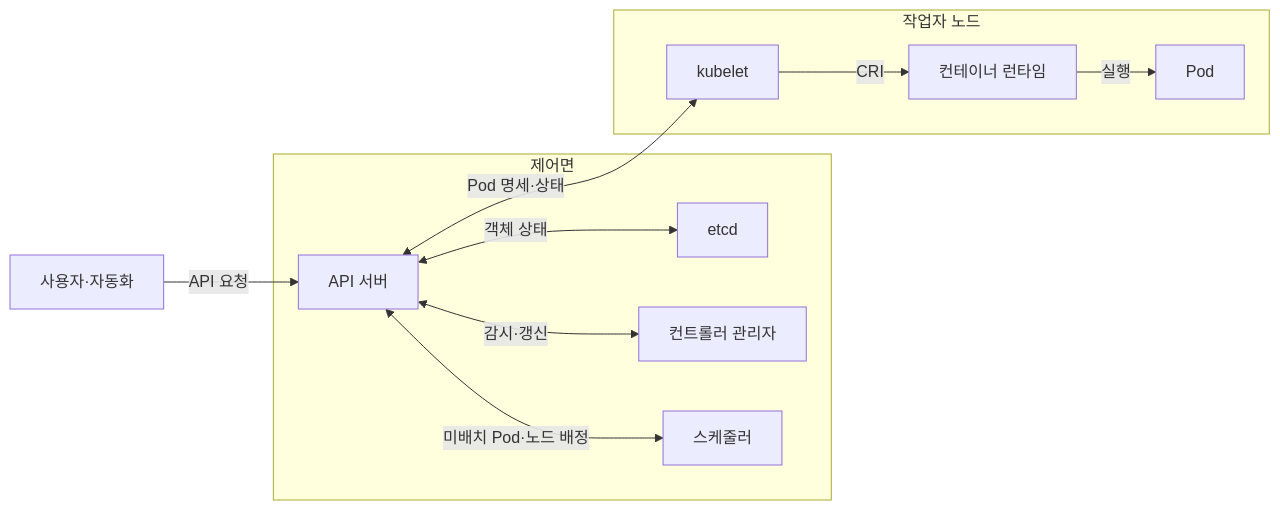
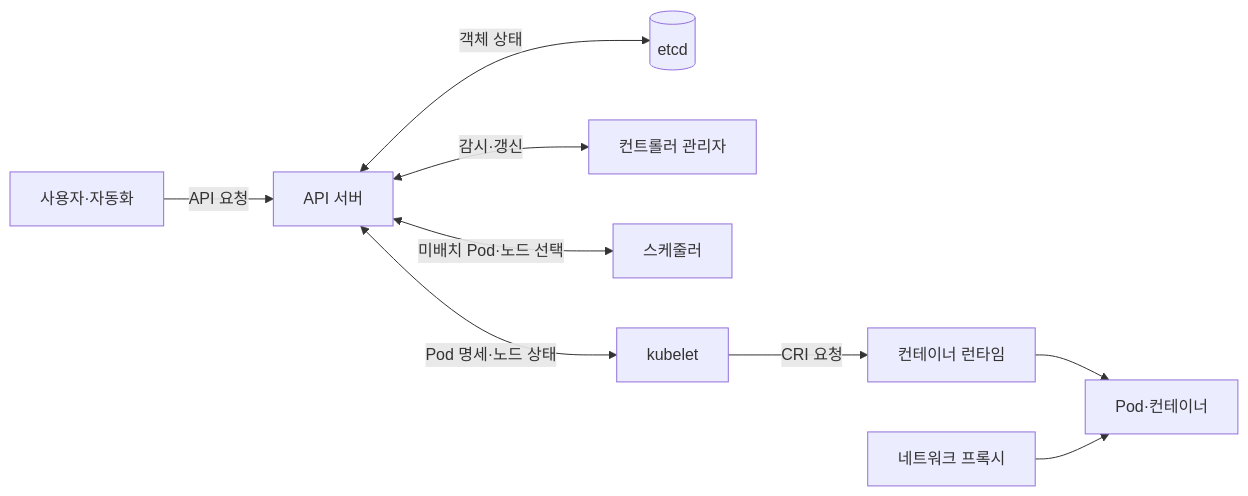
One commit to agnusdei1207/knowledge-base changed the first of 2 diagrams in src/content/docs/notes/03-software/152_kubernetes_architecture.md. Above: the diagram before and after it, drawn with Mermaid. The commit also changed other lines of this file and 7 other files, not shown here.

````diff
--- a/src/content/docs/notes/03-software/152_kubernetes_architecture.md
+++ b/src/content/docs/notes/03-software/152_kubernetes_architecture.md
@@ -57,14 +56,11 @@
 ```mermaid
 flowchart LR
-    U["사용자·자동화"] -->|"API 요청"| A["API 서버"]
-    subgraph C["제어면"]
-        A <-->|"객체 상태"| E["etcd"]
-        A <-->|"감시·갱신"| M["컨트롤러 관리자"]
-        A <-->|"미배치 Pod·노드 배정"| S["스케줄러"]
-    end
-    subgraph W["작업자 노드"]
-        K["kubelet"] -->|"CRI"| R["컨테이너 런타임"]
-        R -->|"실행"| P["Pod"]
-    end
-    A <-->|"Pod 명세·상태"| K
+    U[사용자·자동화] -->|API 요청| A[API 서버]
+    A <-->|객체 상태| E[(etcd)]
+    A <-->|감시·갱신| C[컨트롤러 관리자]
+    A <-->|미배치 Pod·노드 선택| S[스케줄러]
+    A <-->|Pod 명세·노드 상태| K[kubelet]
+    K -->|CRI 요청| R[컨테이너 런타임]
+    R --> P[Pod·컨테이너]
+    N[네트워크 프록시] --> P
 ```
````
